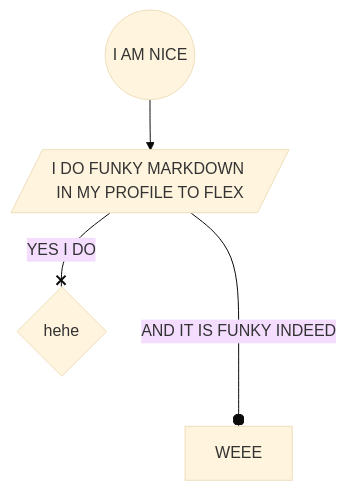
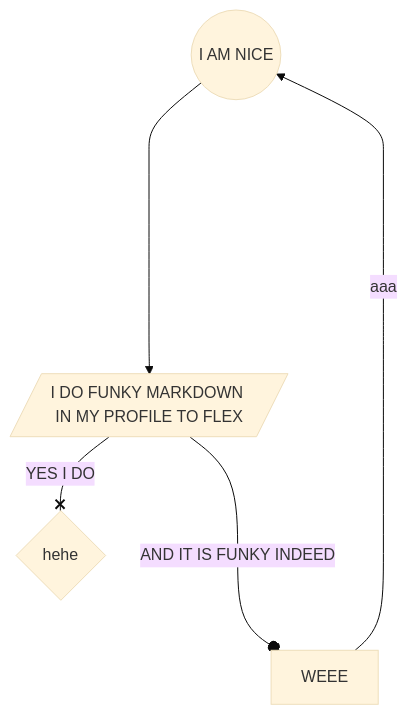
One commit to Askemanden/Askemanden changed the diagram in README.md. Above: the diagram before and after it, drawn with Mermaid (base theme).

````diff
--- a/README.md
+++ b/README.md
@@ -10,6 +10,7 @@
 ```mermaid
 flowchart TD
 a((I AM NICE))-->b[/I DO FUNKY MARKDOWN IN MY PROFILE TO FLEX/]
 b-- YES I DO --xc{hehe}
 b-- AND IT IS FUNKY INDEED ---oq[WEEE]
+q-------->|aaa|a
 ```
````
